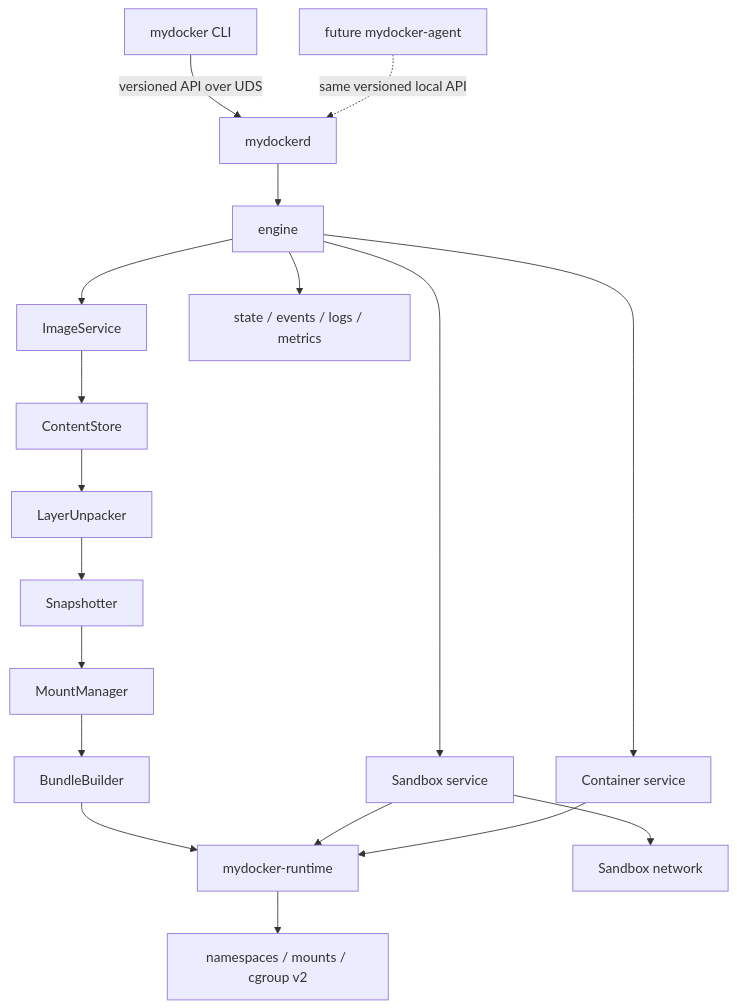
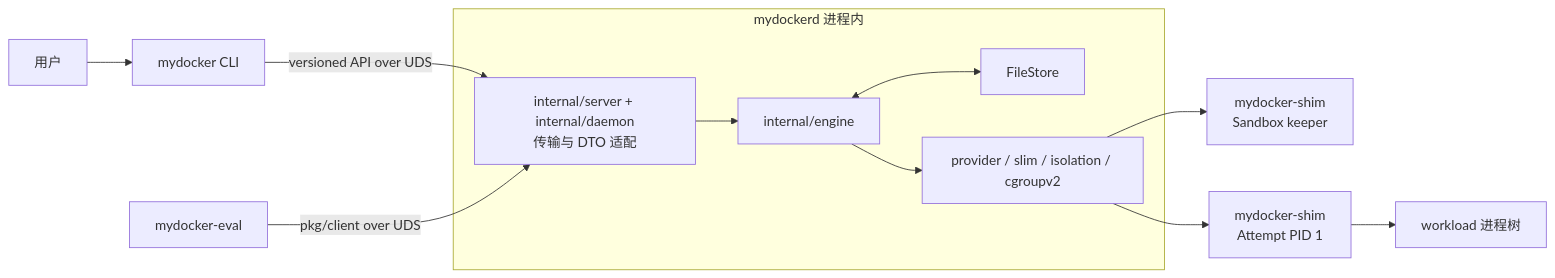
One commit to cont1nu1ty/mydocker changed the diagram in README.md. Above: the diagram before and after it, drawn with Mermaid. The commit also changed other lines of this file and 75 other files, not shown here.

````diff
--- a/README.md
+++ b/README.md
@@ -196,20 +213,15 @@
 ```mermaid
-flowchart TD
-    CLI[mydocker CLI] -->|versioned API over UDS| Daemon[mydockerd]
-    Daemon --> Engine[engine]
-    Engine --> Sandbox[Sandbox service]
-    Engine --> Container[Container service]
-    Engine --> Image[ImageService]
-    Image --> Content[ContentStore]
-    Content --> Unpack[LayerUnpacker]
-    Unpack --> Snapshot[Snapshotter]
-    Snapshot --> Mount[MountManager]
-    Mount --> Bundle[BundleBuilder]
-    Bundle --> Runtime[mydocker-runtime]
-    Sandbox --> Runtime
-    Container --> Runtime
-    Engine --> State[state / events / logs / metrics]
-    Runtime --> Linux[namespaces / mounts / cgroup v2]
-    Sandbox --> Network[Sandbox network]
-    Agent[future mydocker-agent] -.->|same versioned local API| Daemon
+flowchart LR
+    User[用户] --> CLI[mydocker CLI]
+    Eval[mydocker-eval]
+    subgraph DaemonProcess[mydockerd 进程内]
+        Daemon[internal/server + internal/daemon<br/>传输与 DTO 适配] --> Engine[internal/engine]
+        Engine <--> State[FileStore]
+        Engine --> Provider[provider / slim / isolation / cgroupv2]
+    end
+    CLI -->|versioned API over UDS| Daemon
+    Eval -->|pkg/client over UDS| Daemon
+    Provider --> Keeper[mydocker-shim<br/>Sandbox keeper]
+    Provider --> Init[mydocker-shim<br/>Attempt PID 1]
+    Init --> Workload[workload 进程树]
 ```
````
